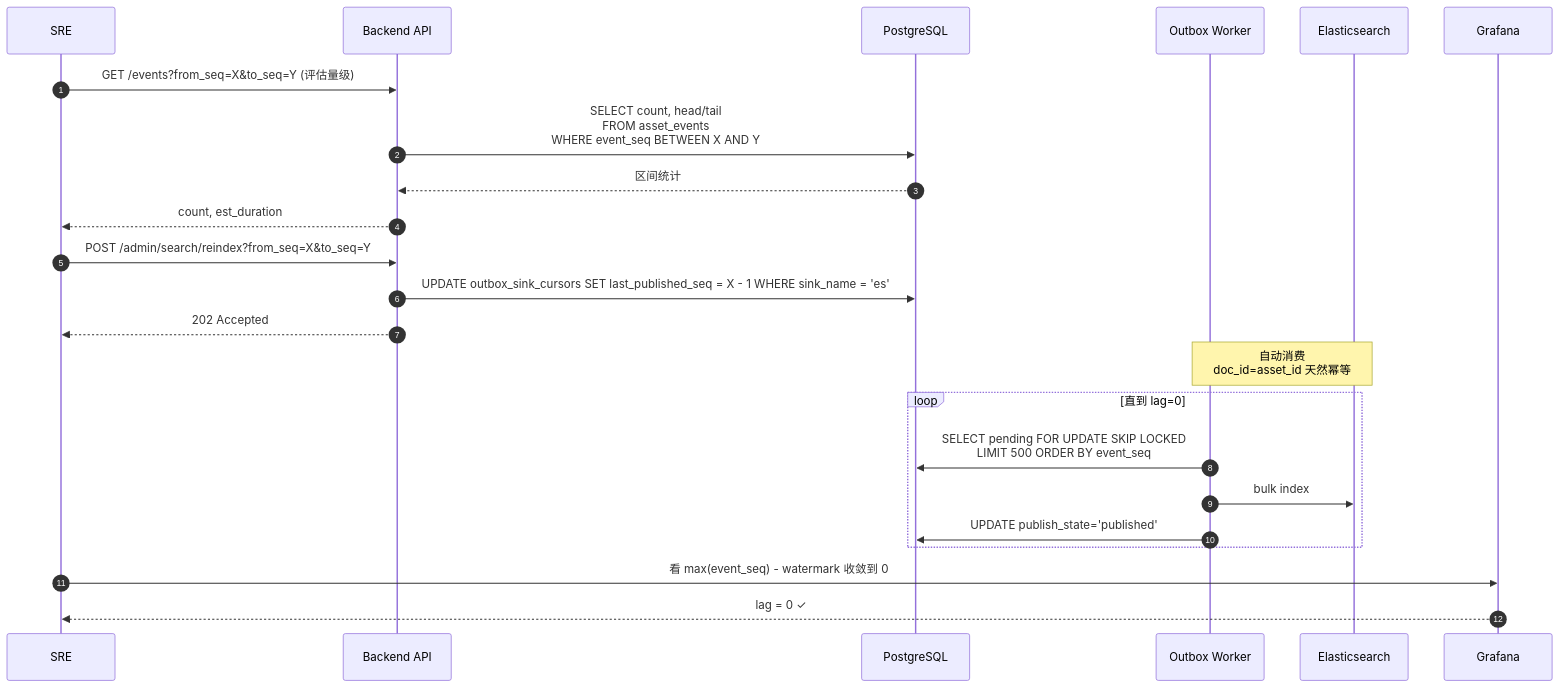
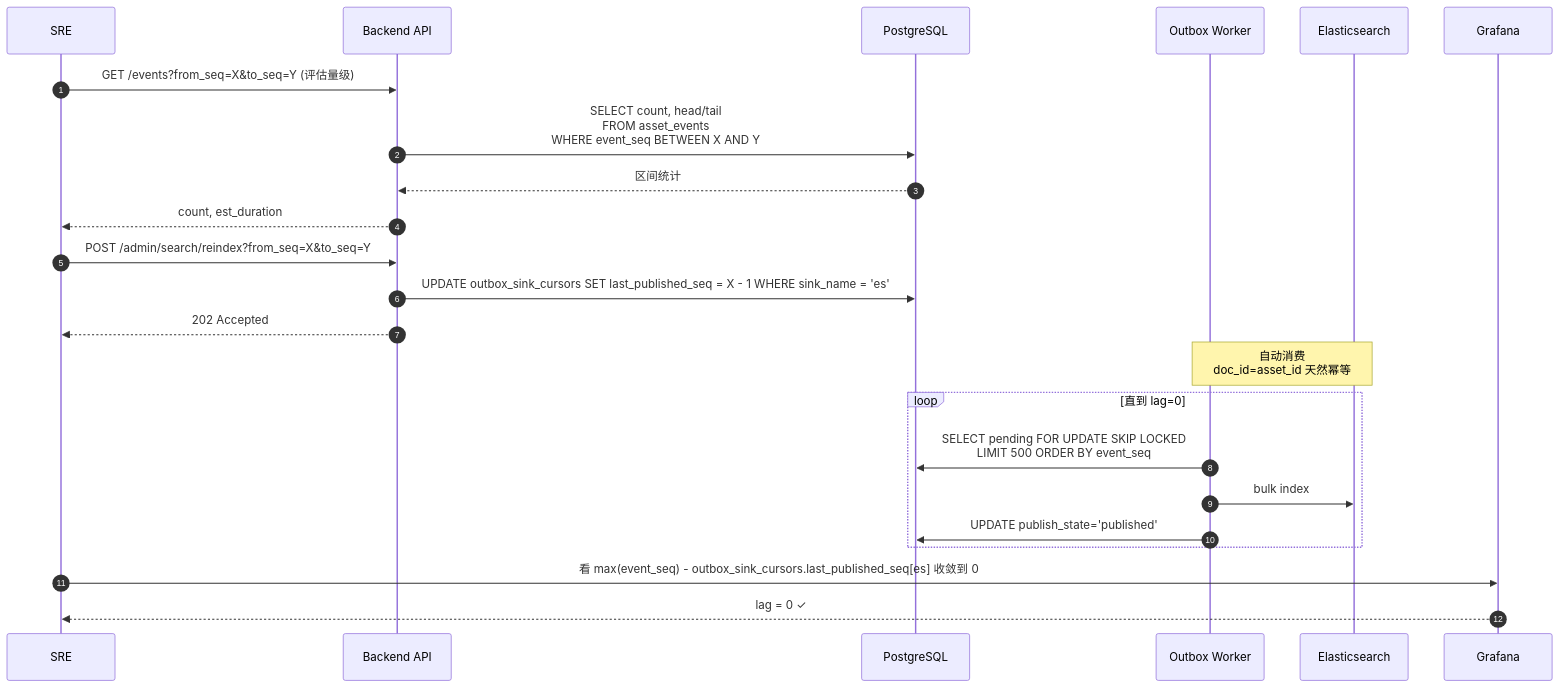
Before and after one commit to rouse2617/Databricks4robot: diagram 19 of 23 in docs/review/data-platform-design.md, drawn with Mermaid. The commit also changed other lines of this file, not shown here.

First line of the commit message:
docs(design): fix outbox watermark gap (reviewer P0 issue 1)

````diff
--- a/docs/review/data-platform-design.md
+++ b/docs/review/data-platform-design.md
@@ -1450,29 +1486,29 @@
 ```mermaid
 sequenceDiagram
     autonumber
     participant SRE as SRE
     participant API as Backend API
     participant PG as PostgreSQL
     participant Out as Outbox Worker
     participant ES as Elasticsearch
     participant Graf as Grafana
 
     SRE->>API: GET /events?from_seq=X&to_seq=Y (评估量级)
     API->>PG: SELECT count, head/tail<br>FROM asset_events<br>WHERE event_seq BETWEEN X AND Y
     PG-->>API: 区间统计
     API-->>SRE: count, est_duration
 
     SRE->>API: POST /admin/search/reindex?from_seq=X&to_seq=Y
     API->>PG: UPDATE outbox_sink_cursors SET last_published_seq = X - 1 WHERE sink_name = 'es'
     API-->>SRE: 202 Accepted
 
     Note over Out,ES: 自动消费<br>doc_id=asset_id 天然幂等
     loop 直到 lag=0
         Out->>PG: SELECT pending FOR UPDATE SKIP LOCKED<br>LIMIT 500 ORDER BY event_seq
         Out->>ES: bulk index
         Out->>PG: UPDATE publish_state='published'
     end
 
-    SRE->>Graf: 看 max(event_seq) - watermark 收敛到 0
+    SRE->>Graf: 看 max(event_seq) - outbox_sink_cursors.last_published_seq[es] 收敛到 0
     Graf-->>SRE: lag = 0 ✓
 ```
````
